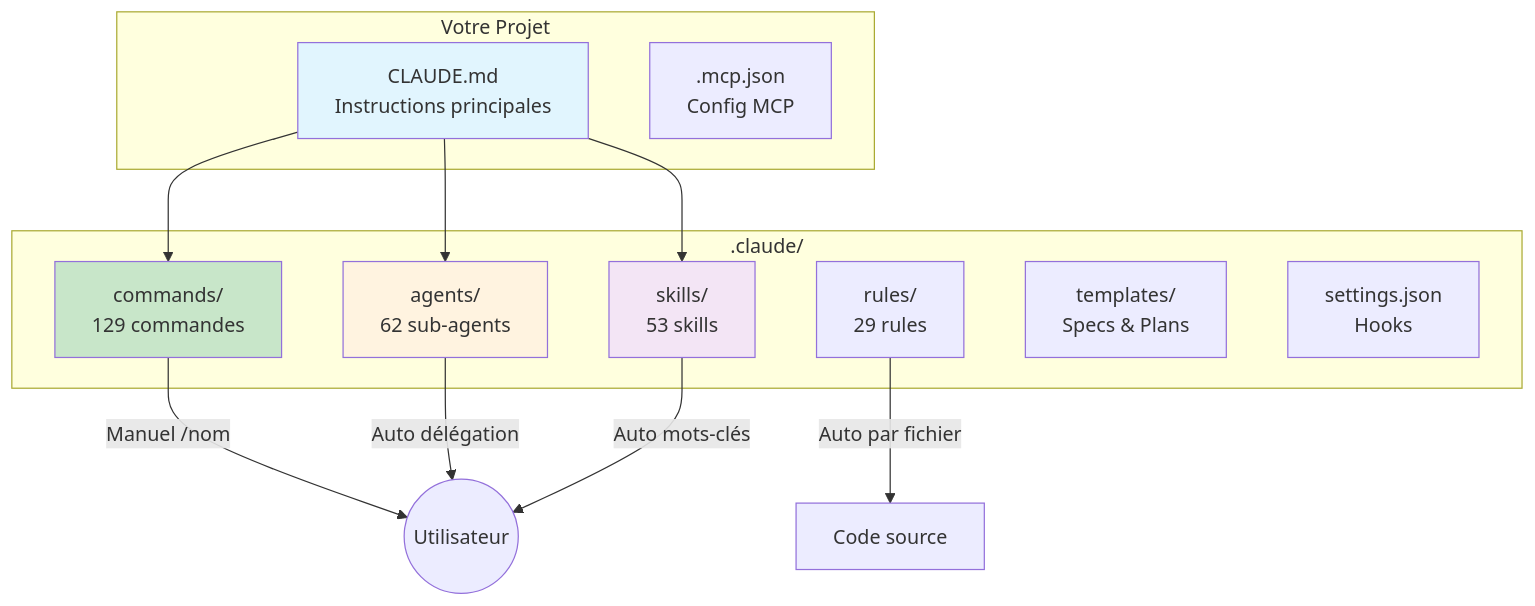
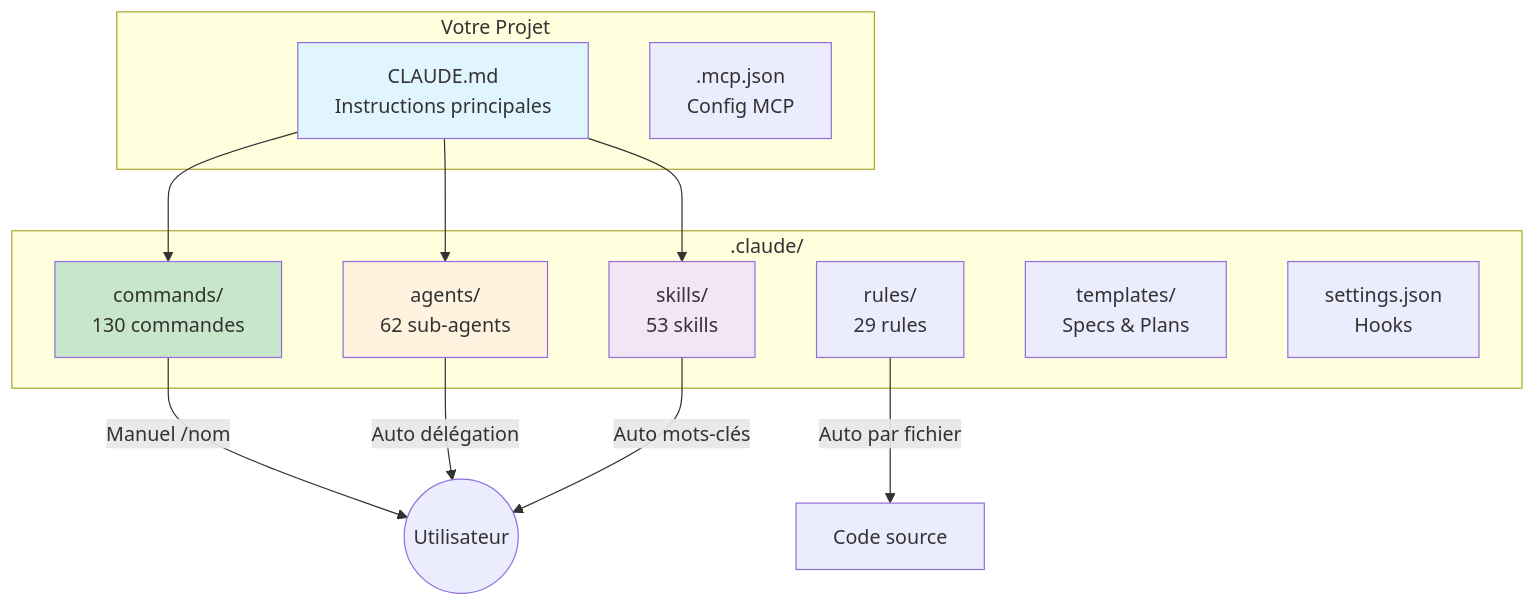
One commit to christopherlouet/claude-base changed the first of 2 diagrams in website/docs/intro/architecture.md. Above: the diagram before and after it, drawn with Mermaid. The commit also changed other lines of this file and 6 other files, not shown here.

````diff
--- a/website/docs/intro/architecture.md
+++ b/website/docs/intro/architecture.md
@@ -15,30 +15,30 @@
 ```mermaid
 graph TB
     subgraph "Votre Projet"
         CLAUDE[CLAUDE.md<br/>Instructions principales]
         MCP[.mcp.json<br/>Config MCP]
     end
 
     subgraph ".claude/"
-        CMDS[commands/<br/>129 commandes]
+        CMDS[commands/<br/>130 commandes]
         AGENTS[agents/<br/>62 sub-agents]
         SKILLS[skills/<br/>53 skills]
         RULES[rules/<br/>29 rules]
         TPL[templates/<br/>Specs & Plans]
         SETTINGS[settings.json<br/>Hooks]
     end
 
     CLAUDE --> CMDS
     CLAUDE --> AGENTS
     CLAUDE --> SKILLS
 
     CMDS --> |"Manuel /nom"| USER((Utilisateur))
     AGENTS --> |"Auto délégation"| USER
     SKILLS --> |"Auto mots-clés"| USER
     RULES --> |"Auto par fichier"| CODE[Code source]
 
     style CLAUDE fill:#e1f5fe
     style CMDS fill:#c8e6c9
     style AGENTS fill:#fff3e0
     style SKILLS fill:#f3e5f5
 ```
````
